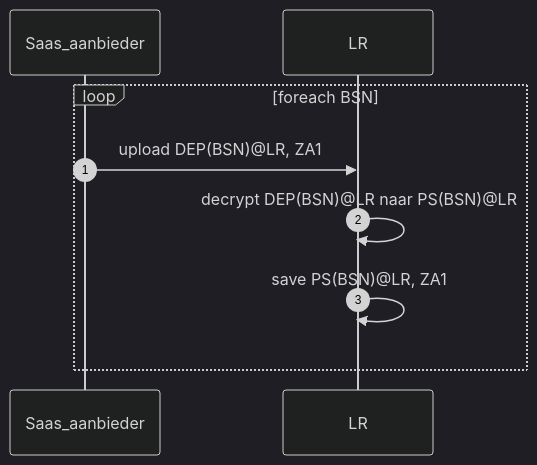
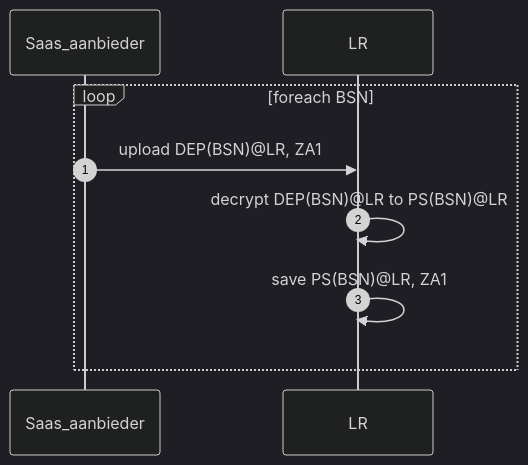
The third of 5 diagrams in architectuur/sequentie-diagrammen.md (minvws/generiekefuncties-lokalisatie), drawn with Mermaid (dark theme) before and after one commit. The commit also changed other lines of this file, not shown here.

````diff
--- a/architectuur/sequentie-diagrammen.md
+++ b/architectuur/sequentie-diagrammen.md
@@ -33,9 +33,9 @@
 ```mermaid
 sequenceDiagram
 autonumber
 loop foreach BSN
   Saas_aanbieder ->> LR: upload DEP(BSN)@LR, ZA1
-  LR ->> LR: decrypt DEP(BSN)@LR naar PS(BSN)@LR
+  LR ->> LR: decrypt DEP(BSN)@LR to PS(BSN)@LR
   LR ->> LR: save PS(BSN)@LR, ZA1
 end
 ```
````
